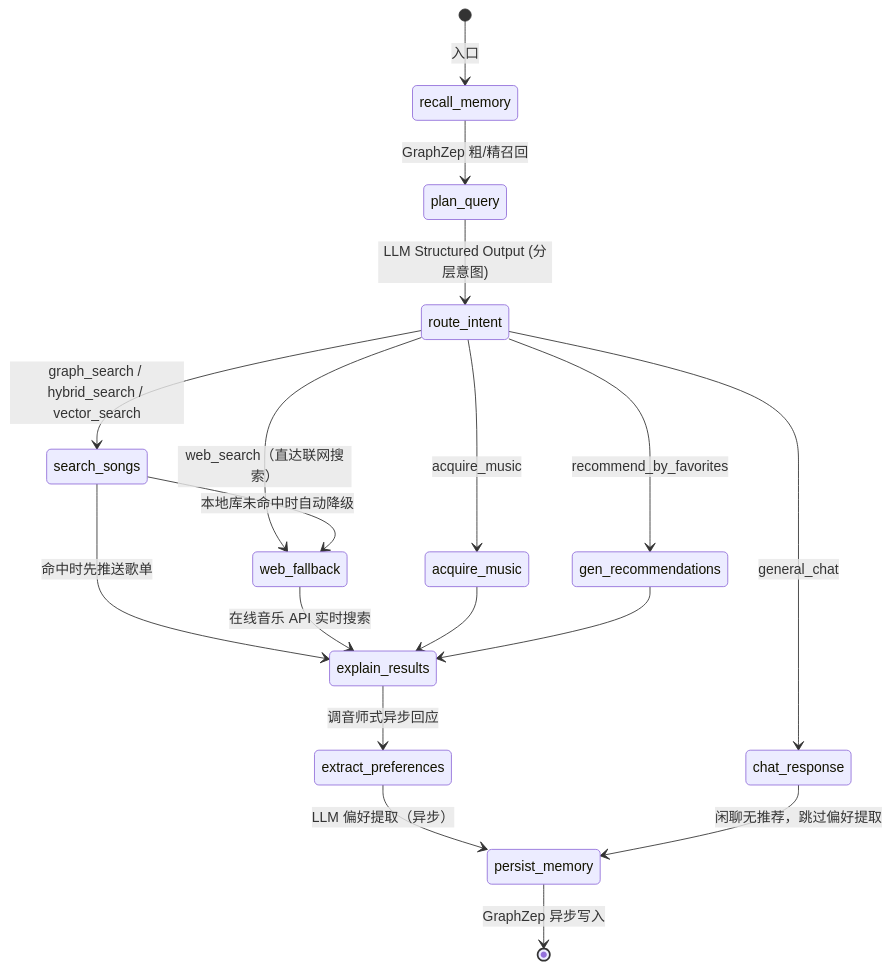
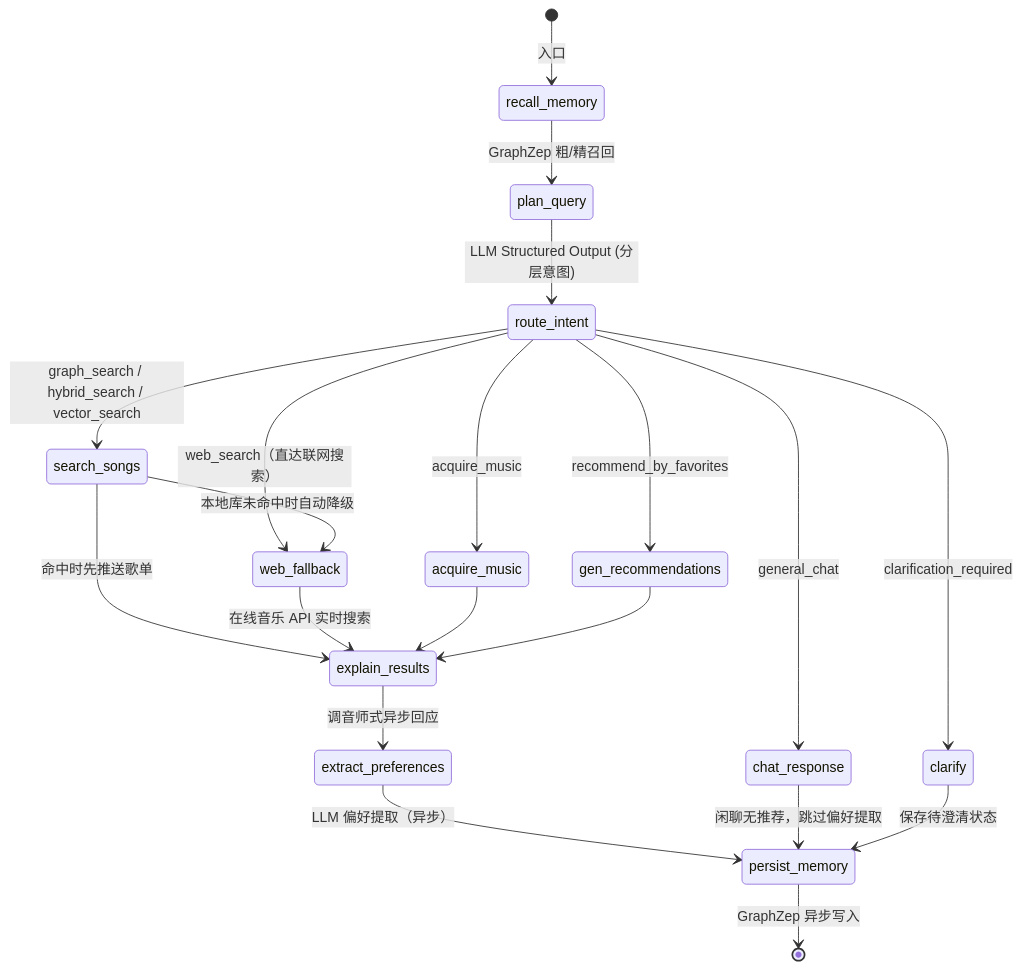
One commit to hgsanyang/SoulTuner-Agent changed the first of 2 diagrams in README.md. Above: the diagram before and after it, drawn with Mermaid. The commit also changed other lines of this file and 15 other files, not shown here.

Commit message:
feat: complete structured dst and clarification flow

````diff
--- a/README.md
+++ b/README.md
@@ -226,25 +226,27 @@
 ```mermaid
 stateDiagram-v2
     [*] --> recall_memory: 入口
     recall_memory --> plan_query: GraphZep 粗/精召回
     plan_query --> route_intent: LLM Structured Output (分层意图)
 
     route_intent --> search_songs: graph_search / hybrid_search / vector_search
     route_intent --> web_fallback: web_search（直达联网搜索）
     route_intent --> chat_response: general_chat
     route_intent --> acquire_music: acquire_music
     route_intent --> gen_recommendations: recommend_by_favorites
+    route_intent --> clarify: clarification_required
 
     search_songs --> web_fallback: 本地库未命中时自动降级
     search_songs --> explain_results: 命中时先推送歌单
     web_fallback --> explain_results: 在线音乐 API 实时搜索
     acquire_music --> explain_results
     gen_recommendations --> explain_results
 
     explain_results --> extract_preferences: 调音师式异步回应
     extract_preferences --> persist_memory: LLM 偏好提取（异步）
 
     chat_response --> persist_memory: 闲聊无推荐，跳过偏好提取
+    clarify --> persist_memory: 保存待澄清状态
 
     persist_memory --> [*]: GraphZep 异步写入
 ```
````
